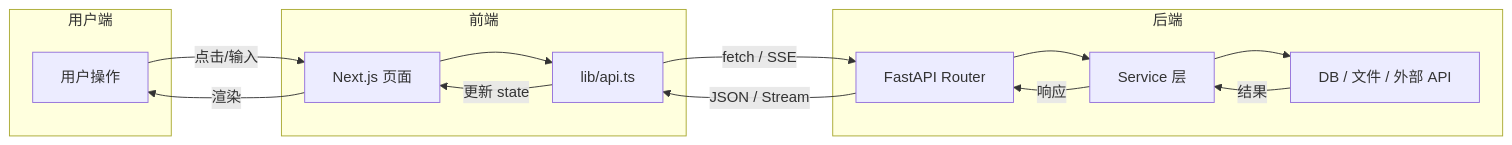
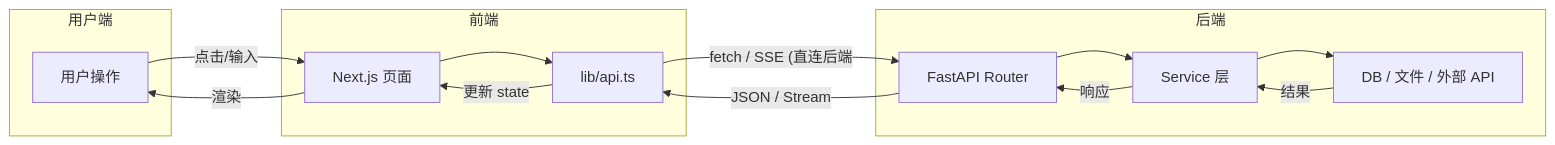
Before and after one commit to ji-xinpeng/Scholar-Agent: the third of 8 diagrams in docs/技术开发方案.md, drawn with Mermaid. The commit also changed other lines of this file and 19 other files, not shown here.

````diff
--- a/docs/技术开发方案.md
+++ b/docs/技术开发方案.md
@@ -130,28 +346,28 @@
 ```mermaid
 flowchart LR
     subgraph 用户端
         A[用户操作]
     end
 
     subgraph 前端
         B[Next.js 页面]
         C[lib/api.ts]
         B --> C
     end
 
     subgraph 后端
         D[FastAPI Router]
         E[Service 层]
         F[DB / 文件 / 外部 API]
         D --> E
         E --> F
     end
 
     A -->|"点击/输入"| B
-    C -->|"fetch / SSE"| D
+    C -->|"fetch / SSE (直连后端"| D
     F -->|"结果"| E
     E -->|"响应"| D
     D -->|"JSON / Stream"| C
     C -->|"更新 state"| B
     B -->|"渲染"| A
 ```
````
